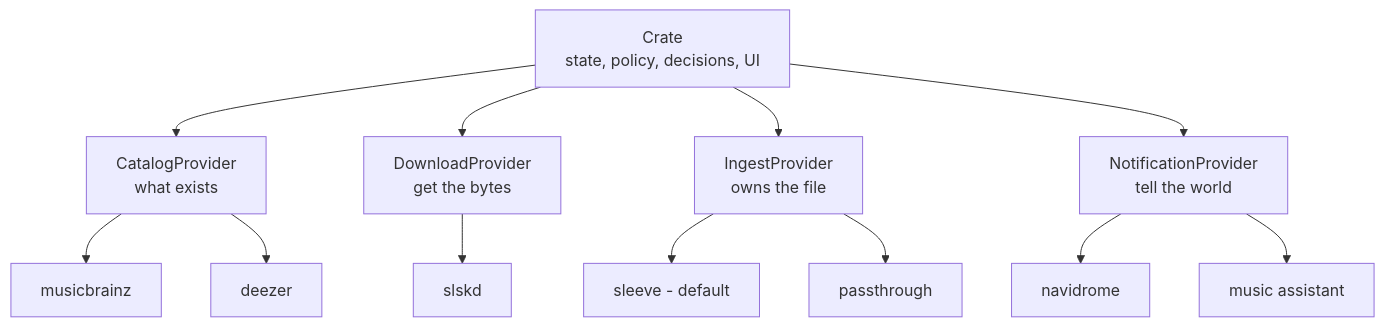
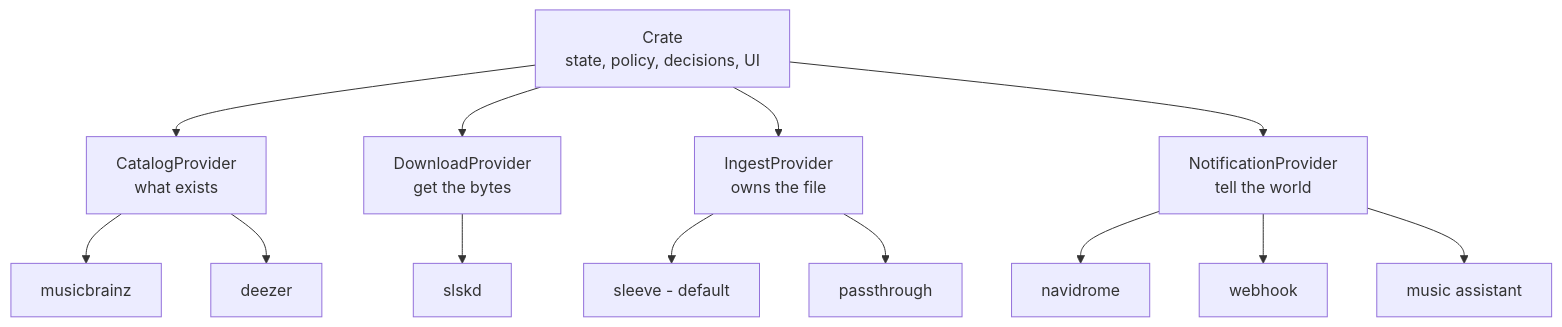
The diagram in PLAN.md (TheOutdoorProgrammer/crate), drawn with Mermaid before and after one commit. The commit also changed other lines of this file, not shown here.

````diff
--- a/PLAN.md
+++ b/PLAN.md
@@ -19,15 +19,16 @@
 ```mermaid
 graph TD
     C[Crate<br/>state, policy, decisions, UI]
     C --> M[CatalogProvider<br/>what exists]
     C --> D[DownloadProvider<br/>get the bytes]
     C --> I[IngestProvider<br/>owns the file]
     C --> N[NotificationProvider<br/>tell the world]
     M --> M1[musicbrainz]
     M --> M2[deezer]
     D --> D1[slskd]
     I --> I1[sleeve - default]
     I --> I2[passthrough]
     N --> N1[navidrome]
-    N --> N2[music assistant]
+    N --> N2[webhook]
+    N --> N3[music assistant]
 ```
````
